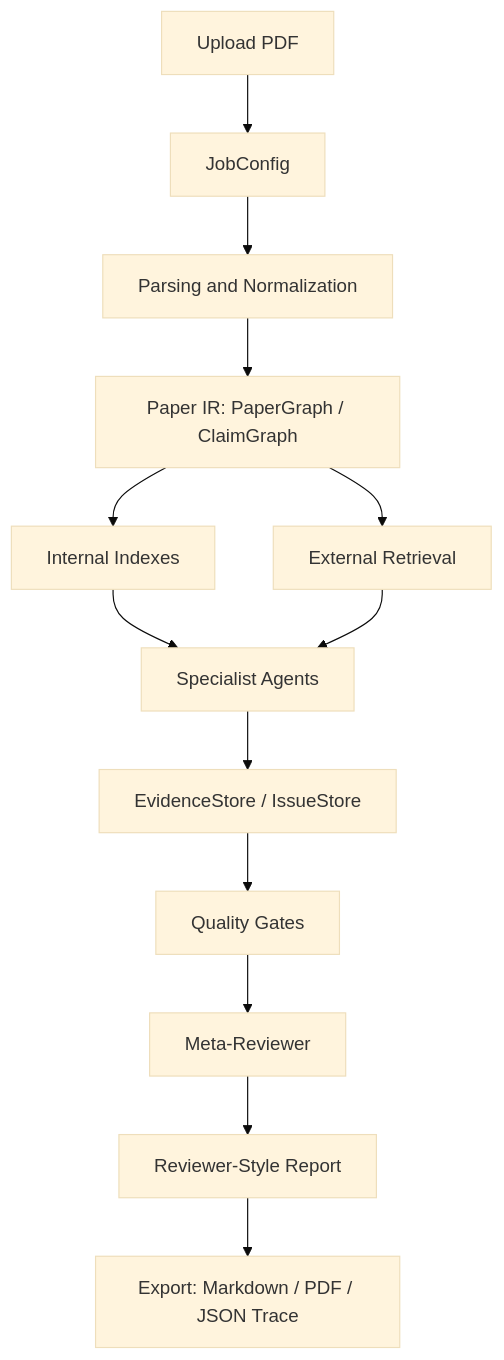
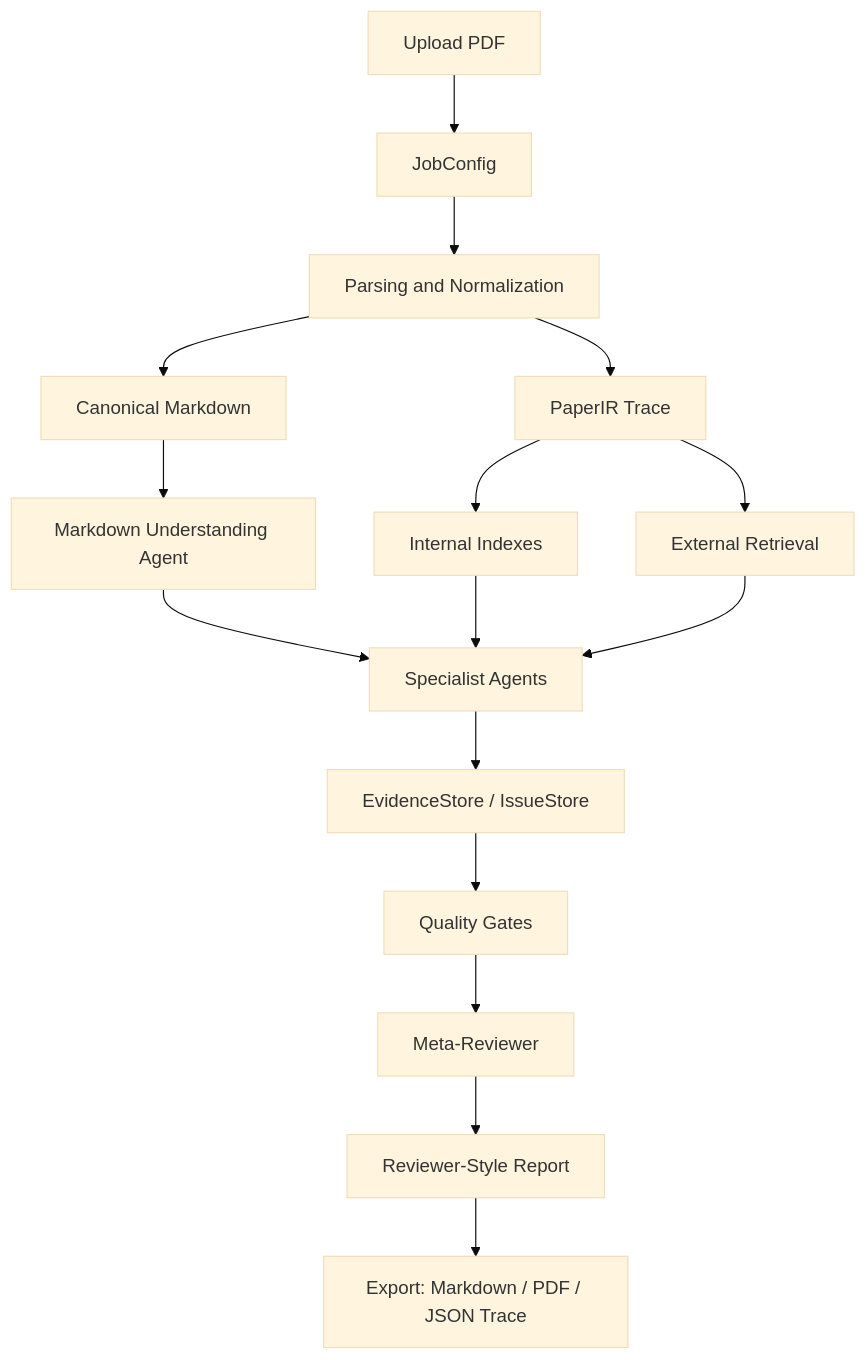
One commit to SaraiNoQ/Evidentia changed the diagram in AGENTS.md. Above: the diagram before and after it, drawn with Mermaid (base theme). The commit also changed other lines of this file and 40 other files, not shown here.

````diff
--- a/AGENTS.md
+++ b/AGENTS.md
@@ -79,15 +80,18 @@
 ```mermaid
 flowchart TD
     A[Upload PDF] --> B[JobConfig]
     B --> C[Parsing and Normalization]
-    C --> D[Paper IR: PaperGraph / ClaimGraph]
+    C --> M[Canonical Markdown]
+    C --> D[PaperIR Trace]
+    M --> U[Markdown Understanding Agent]
     D --> E[Internal Indexes]
     D --> F[External Retrieval]
+    U --> G[Specialist Agents]
     E --> G[Specialist Agents]
     F --> G
     G --> H[EvidenceStore / IssueStore]
     H --> I[Quality Gates]
     I --> J[Meta-Reviewer]
     J --> K[Reviewer-Style Report]
     K --> L[Export: Markdown / PDF / JSON Trace]
 ```
````
